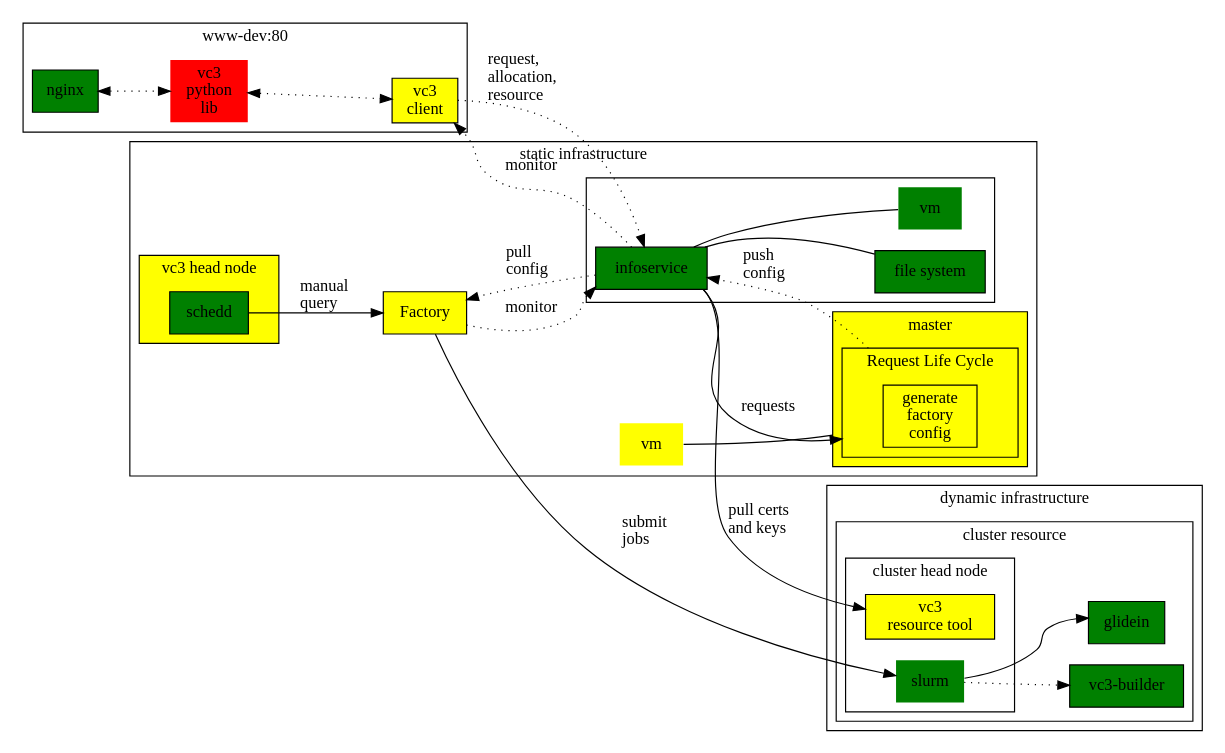
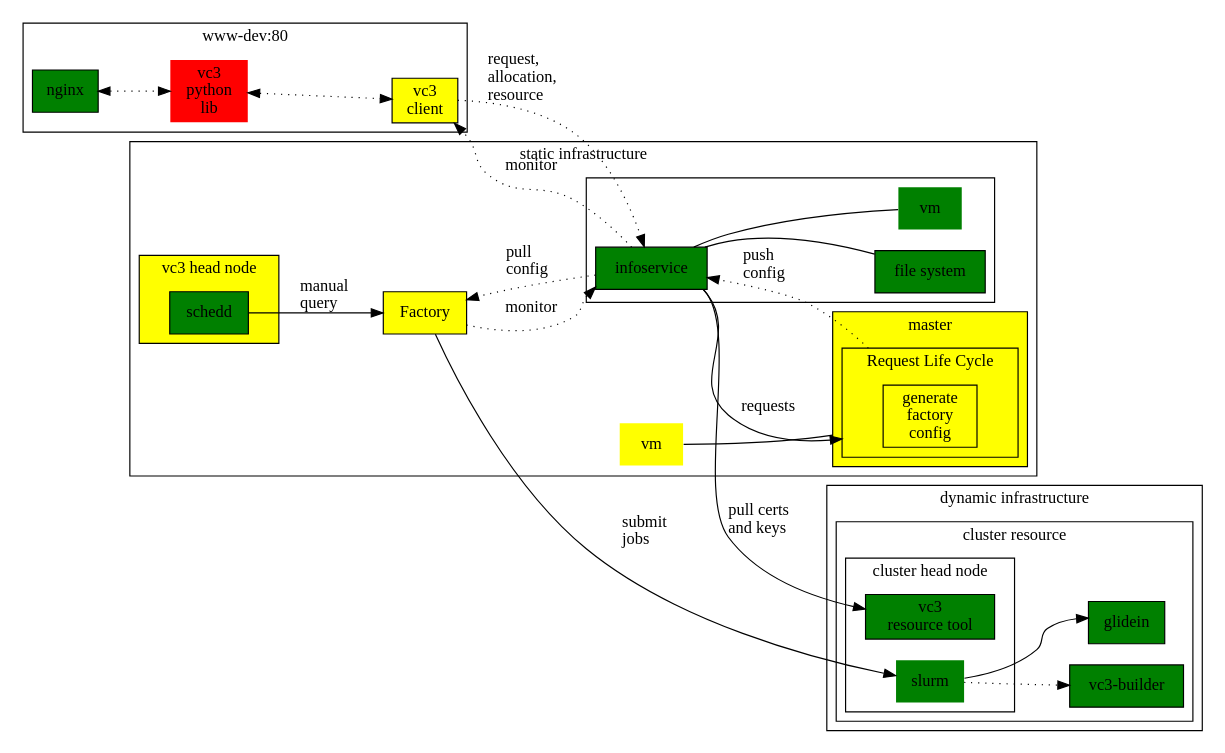
One commit to vc3-project/vc3-docs changed the diagram in diagrams/all_semaphore_092017.dot. Above: the diagram before and after it, drawn with Graphviz.

Commit message:
update resource tool state

```diff
--- a/diagrams/all_semaphore_092017.dot
+++ b/diagrams/all_semaphore_092017.dot
@@ -1,98 +1,98 @@
 digraph vc3 {
     compound    = true;
     #concentrate = true;
     labelloc    = "tl";
     rankdir     = "LR";
 
     node [shape=box, style=filled];
 
 
     subgraph cluster_web {
         label = "www-dev:80";
 
         nginx         [fillcolor=green];
         vc3lib_web    [label = "vc3\npython\nlib"][shape="none"][fillcolor = red];
         vc3client_web [label = "vc3\nclient"][fillcolor = yellow];
 
         nginx         -> vc3lib_web    [style = dotted][dir = both];
         vc3lib_web    -> vc3client_web [style = dotted][dir = both];
 
     }
 
     subgraph cluster_static {
         label = "static infrastructure";
 
         vmmaster     [label = "vm"][shape = none][fillcolor = yellow];
         apf          [label = "Factory"][fillcolor = yellow];
 
         subgraph cluster_infoservice {
             label     = "";
             infoservice  [fillcolor = green];
             fsinfo       [label="file system"][fillcolor = green];
             vminfo       [label = "vm"][shape = none][fillcolor = green];
 
             infoservice   -> vminfo     [dir = none];
             infoservice  -> fsinfo [dir = none];
         }
 
         subgraph cluster_headnode {
             style     = filled;
             fillcolor = yellow;
 
             label = "vc3 head node";
             
             schedd [ label = "schedd" ][ fillcolor = "green" ];
         }
 
         subgraph cluster_master {
             style     = filled;
             fillcolor = yellow;
 
             label = "master";
 
             subgraph cluster_request_lc
                 {
                     label = "Request Life Cycle";
                     fillcolor = yellow;
                     genconf [label = "generate\nfactory\nconfig"][fillcolor = yellow];
                 }
         }
 
         infoservice  -> genconf      [label = "\n\n\n\n\nrequests", lhead = cluster_request_lc];
         genconf      -> infoservice  [label = "push\lconfig\l", ltail = cluster_request_lc, style = dotted];
 
         infoservice  -> apf         [label = "\npull\lconfig\l"][style = dotted];
         apf          -> infoservice [label = "monitor"][style = dotted];
 
         vmmaster     -> genconf     [lhead = cluster_master][dir = none];
     }
 
     subgraph cluster_dynamic {
         label = "dynamic infrastructure";
 
         subgraph cluster_resource {
             label = "cluster resource";
 
             subgraph cluster_resource_head_node {
                 label = "cluster head node";
-                vc3resourcetool [label = "vc3\nresource tool"][fillcolor = yellow];
+                vc3resourcetool [label = "vc3\nresource tool"][fillcolor = green];
                 slurm           [shape = none][fillcolor = green];
             }
 
             vc3builder   [label = "vc3-builder"][fillcolor = green];
             glidein      [fillcolor = green];
 
             slurm        -> glidein;
             slurm        -> vc3builder  [style = dotted][label = "\n\n\n"];
         }
     }
 
     vc3client_web -> infoservice   [ label = "request,\lallocation,\lresource\l" ][style = dotted];
     infoservice   -> vc3client_web [ label = "\nmonitor" ][style = dotted];
 
     apf          -> slurm       [label = "\n\nsubmit\ljobs\l"];
 
     schedd       -> apf         [label = "manual\lquery\l"];
 
     infoservice -> vc3resourcetool [label = "\n\n\npull certs\land keys\l"];
 }
```
